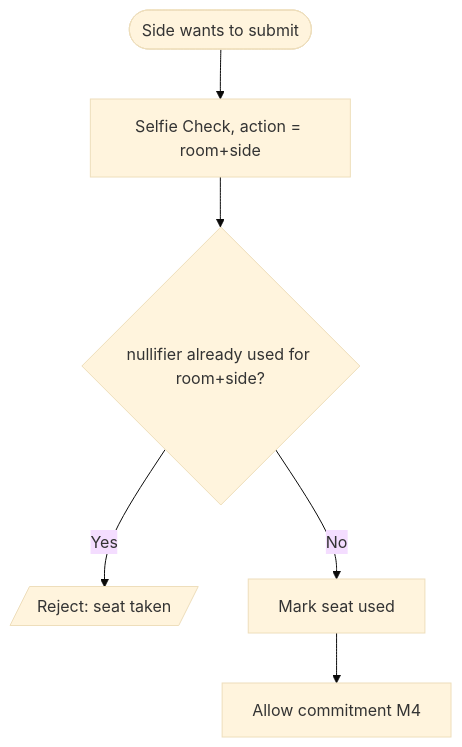
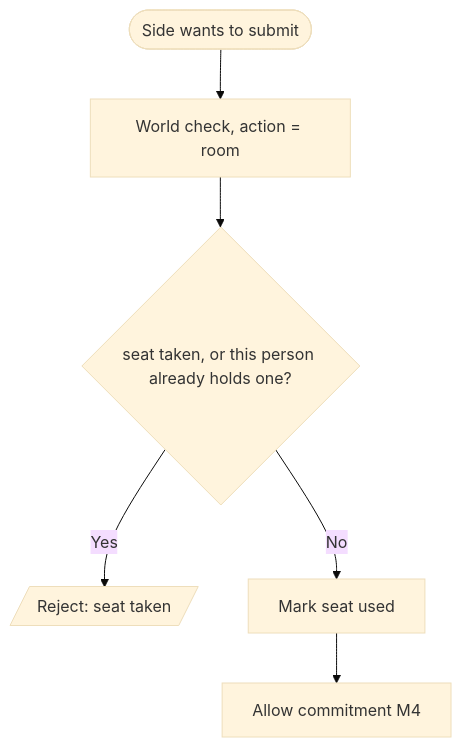
One commit to fabroche/ethglobal-lisboa-2026 changed the second of 2 diagrams in docs/modules/M3-worldid.md. Above: the diagram before and after it, drawn with Mermaid (base theme). The commit also changed other lines of this file and 13 other files, not shown here.

````diff
--- a/docs/modules/M3-worldid.md
+++ b/docs/modules/M3-worldid.md
@@ -65,8 +85,8 @@
 ```mermaid
 flowchart TD
-  A([Side wants to submit]) --> B[Selfie Check, action = room+side]
-  B --> C{nullifier already used for room+side?}
+  A([Side wants to submit]) --> B[World check, action = room]
+  B --> C{seat taken, or this person already holds one?}
   C -- Yes --> D[/Reject: seat taken/]
   C -- No --> E[Mark seat used]
   E --> F[Allow commitment M4]
 ```
````
